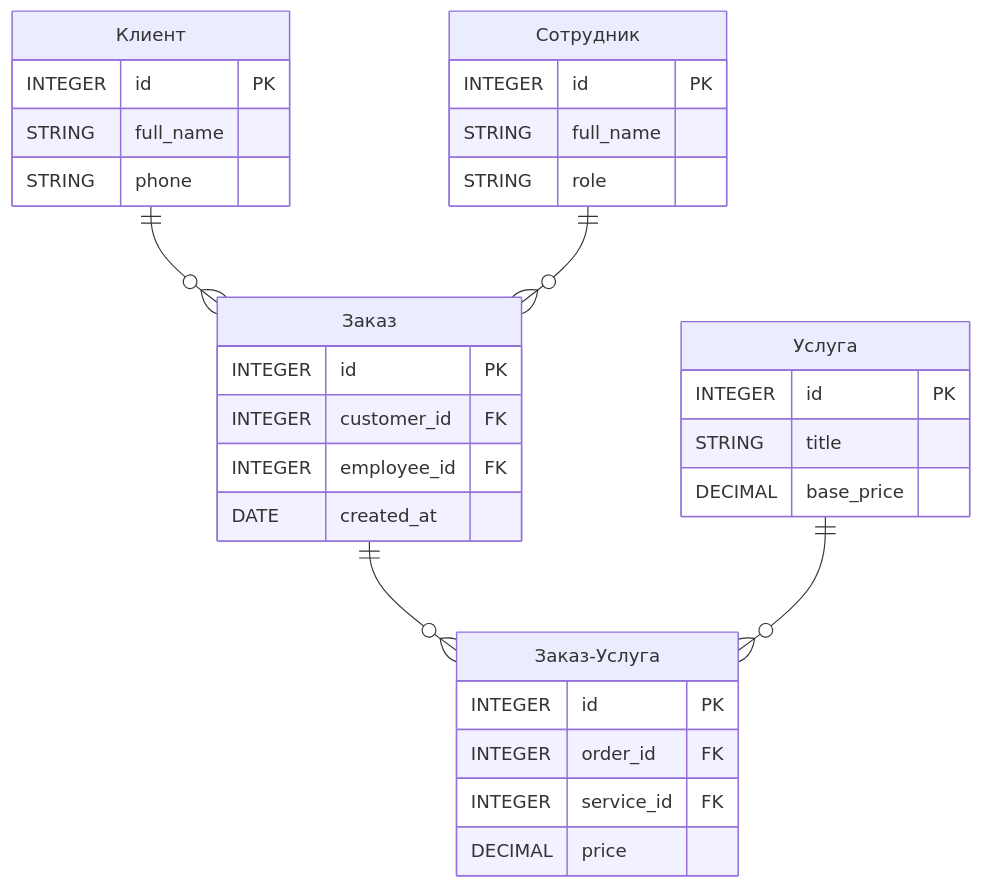
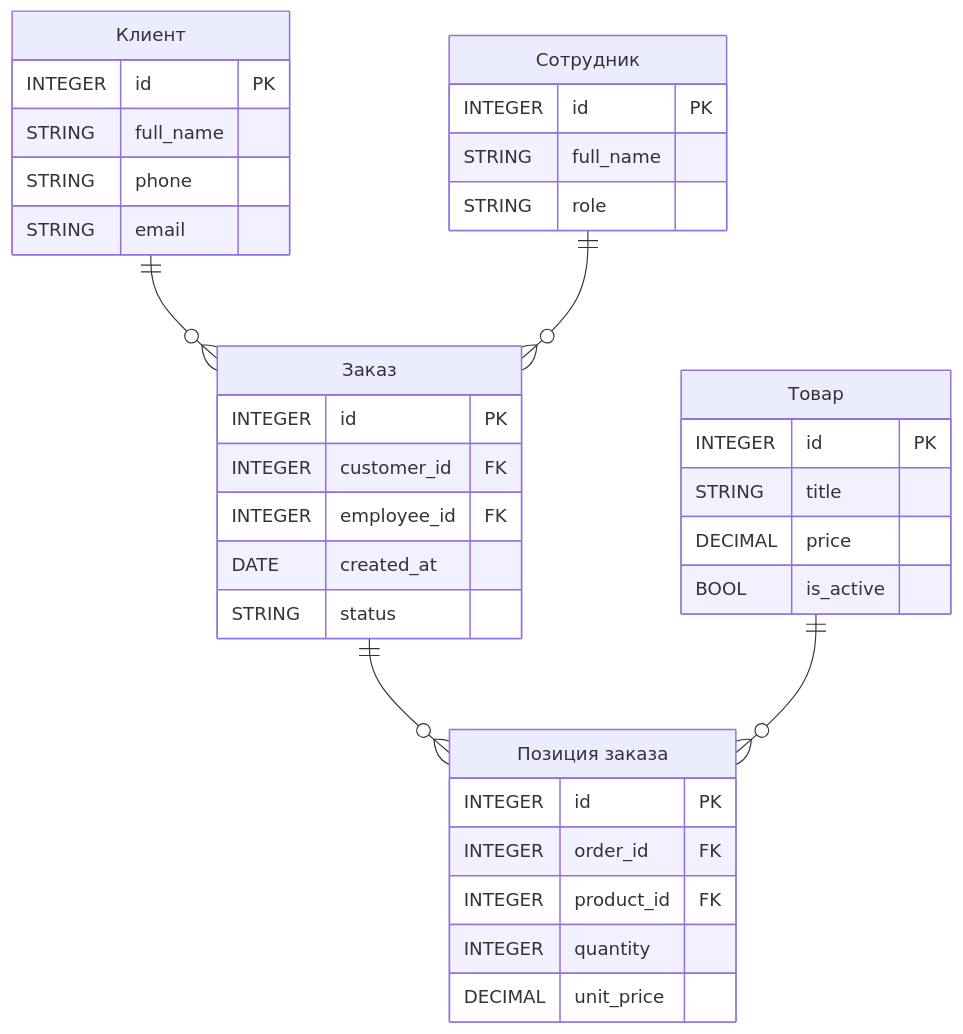
The second of 8 diagrams in disciplines/it03/lectures/11_lecture.md (vshp-online/it.vshp.online), drawn with Mermaid before and after one commit. The commit also changed other lines of this file and 3 other files, not shown here.

````diff
--- a/disciplines/it03/lectures/11_lecture.md
+++ b/disciplines/it03/lectures/11_lecture.md
@@ -81,35 +91,39 @@
 ```mermaid
 erDiagram
   customer["Клиент"] {
     INTEGER id PK
     STRING full_name
     STRING phone
+    STRING email
   }
-  service["Услуга"] {
+  employee["Сотрудник"] {
+    INTEGER id PK
+    STRING full_name
+    STRING role
+  }
+  product["Товар"] {
     INTEGER id PK
     STRING title
-    DECIMAL base_price
+    DECIMAL price
+    BOOL   is_active
   }
   order["Заказ"] {
     INTEGER id PK
     INTEGER customer_id FK
     INTEGER employee_id FK
     DATE created_at
+    STRING status
   }
-  employee["Сотрудник"] {
-    INTEGER id PK
-    STRING full_name
-    STRING role
-  }
-  order_service["Заказ-Услуга"] {
+  order_item["Позиция заказа"] {
     INTEGER id PK
     INTEGER order_id FK
-    INTEGER service_id FK
-    DECIMAL price
+    INTEGER product_id FK
+    INTEGER quantity
+    DECIMAL unit_price
   }
 
   customer ||--o{ order : ""
   employee ||--o{ order : ""
-  order ||--o{ order_service : ""
-  service ||--o{ order_service : ""
+  order ||--o{ order_item : ""
+  product ||--o{ order_item : ""
 ```
````
